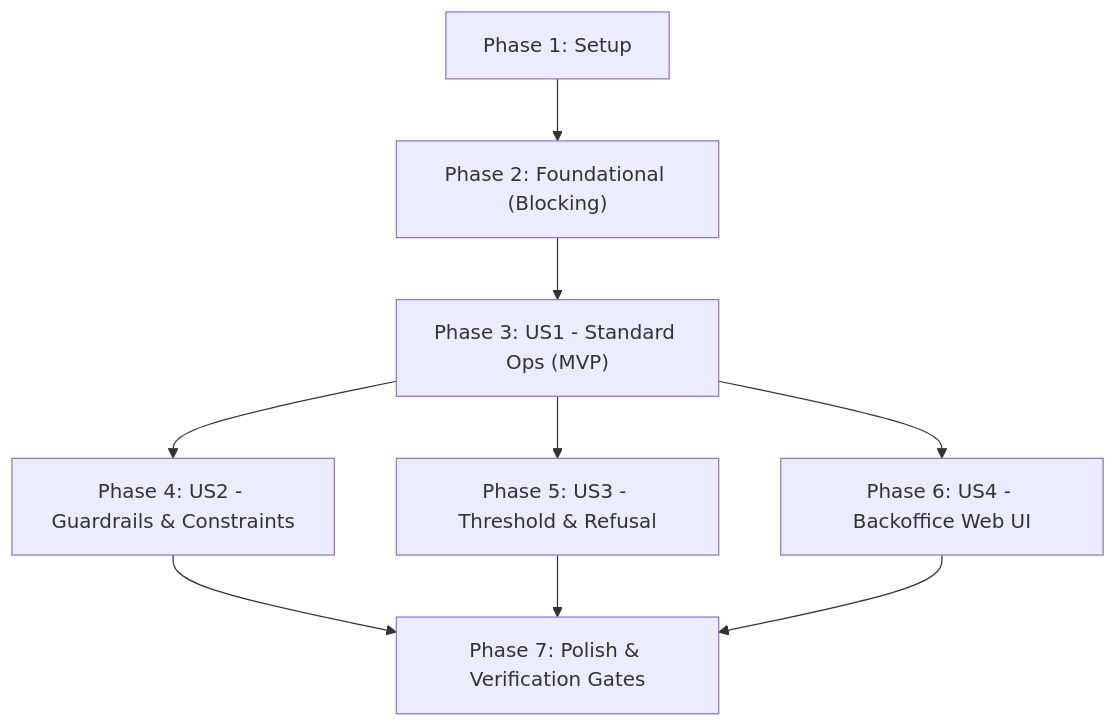
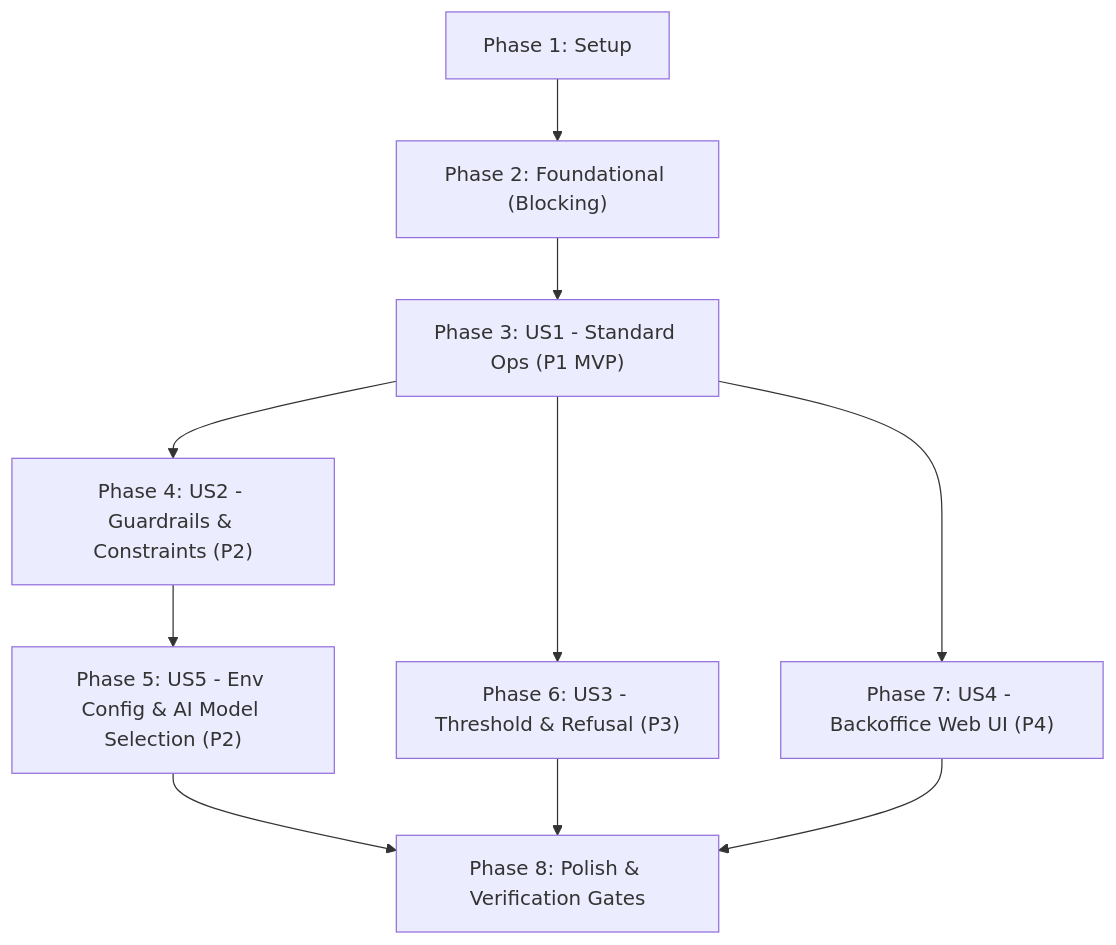
The diagram in specs/026-rag-knowledge-base/tasks.md (4GeeksAcademy/aie-pt-3-ai-engineering-company-project-monorepo-Francisco_Patrick), drawn with Mermaid before and after one commit. The commit also changed other lines of this file and 7 other files, not shown here.

````diff
--- a/specs/026-rag-knowledge-base/tasks.md
+++ b/specs/026-rag-knowledge-base/tasks.md
@@ -162,11 +187,12 @@
 ```mermaid
 flowchart TD
     Setup["Phase 1: Setup"] --> Foundational["Phase 2: Foundational (Blocking)"]
-    Foundational --> US1["Phase 3: US1 - Standard Ops (MVP)"]
-    US1 --> US2["Phase 4: US2 - Guardrails & Constraints"]
-    US1 --> US3["Phase 5: US3 - Threshold & Refusal"]
-    US1 --> US4["Phase 6: US4 - Backoffice Web UI"]
-    US2 --> Polish["Phase 7: Polish & Verification Gates"]
+    Foundational --> US1["Phase 3: US1 - Standard Ops (P1 MVP)"]
+    US1 --> US2["Phase 4: US2 - Guardrails & Constraints (P2)"]
+    US2 --> US5["Phase 5: US5 - Env Config & AI Model Selection (P2)"]
+    US1 --> US3["Phase 6: US3 - Threshold & Refusal (P3)"]
+    US1 --> US4["Phase 7: US4 - Backoffice Web UI (P4)"]
+    US5 --> Polish["Phase 8: Polish & Verification Gates"]
     US3 --> Polish
     US4 --> Polish
 ```
````
